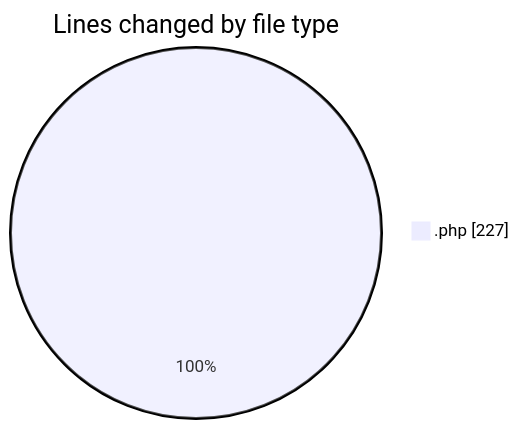
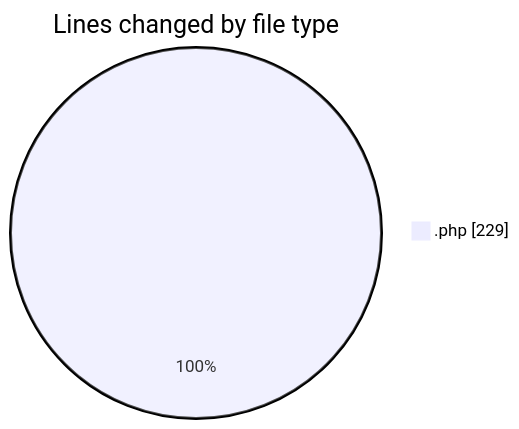
Before and after one commit to LanceThiago/code-tracking: the first of 2 diagrams in 2025-10-01/totem2/README.md, drawn with Mermaid. The commit also changed other lines of this file and 1 other file, not shown here.

````diff
--- a/2025-10-01/totem2/README.md
+++ b/2025-10-01/totem2/README.md
@@ -21,5 +21,5 @@
 ```mermaid
 pie showData
 title Lines changed by file type
-".php" : 227
+".php" : 229
 ```
````
